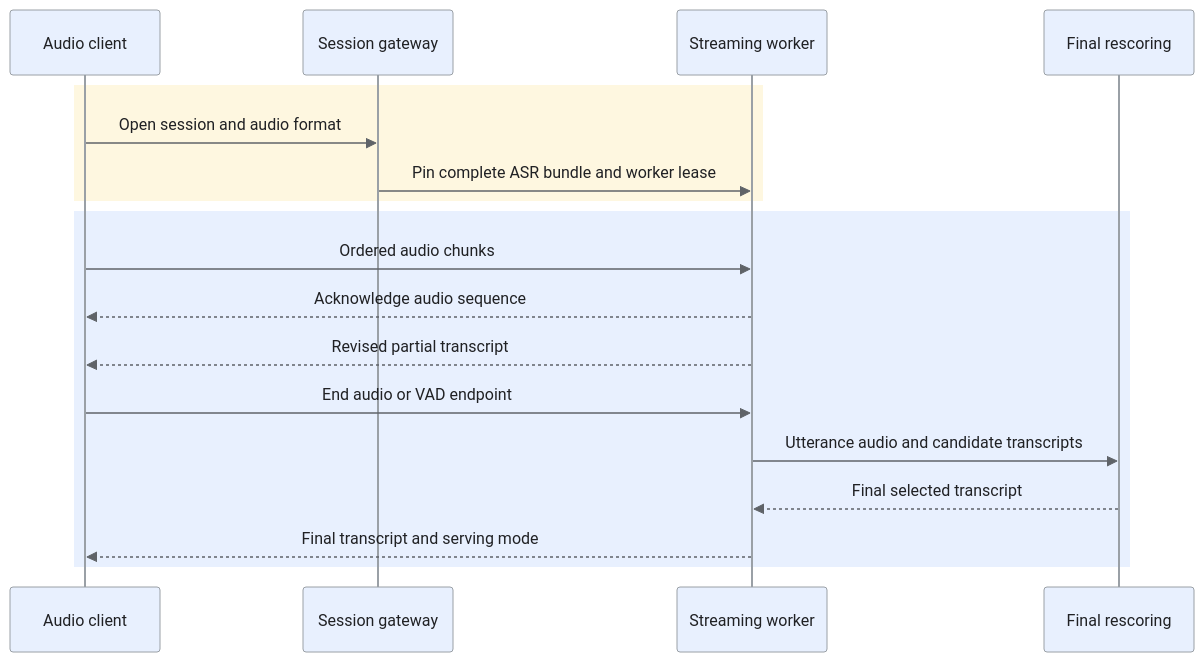
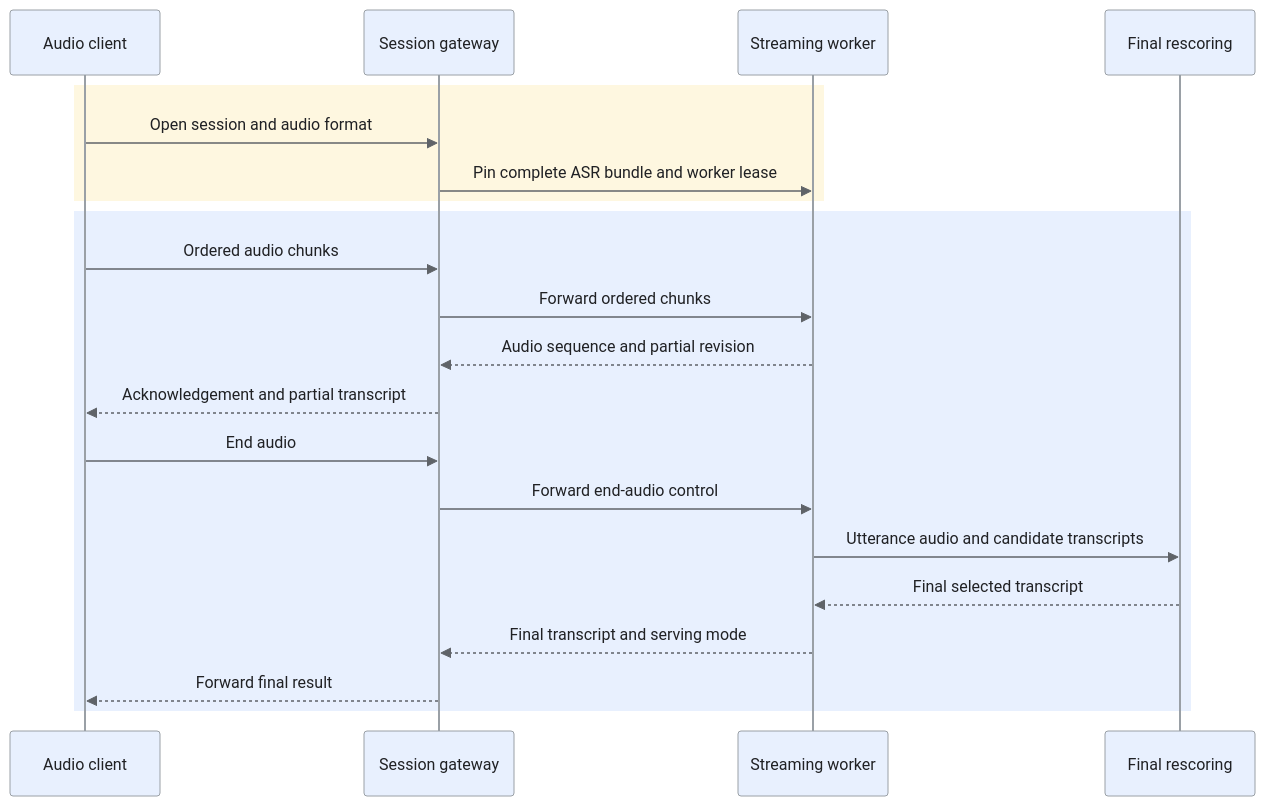
One commit to iliazlobin/iliazlobin.github.io changed the second of 3 diagrams in _designs/ml-system-design-speech-recognition-asr.md. Above: the diagram before and after it, drawn with Mermaid. The commit also changed other lines of this file and 2 other files, not shown here.

Commit message:
docs: route sequence delivery through owning services

````diff
--- a/_designs/ml-system-design-speech-recognition-asr.md
+++ b/_designs/ml-system-design-speech-recognition-asr.md
@@ -202,22 +202,25 @@
 ```mermaid
 %%{init: {'theme':'base','themeVariables':{'primaryColor':'#e8f0fe','primaryTextColor':'#202124','primaryBorderColor':'#9aa0a6','lineColor':'#5f6368','secondaryColor':'#e6f4ea','tertiaryColor':'#fef7e0','actorBkg':'#e8f0fe','actorBorder':'#9aa0a6','actorTextColor':'#202124','noteBkgColor':'#fef7e0','noteTextColor':'#202124','noteBorderColor':'#9aa0a6','signalColor':'#5f6368','signalTextColor':'#202124','labelBoxBkgColor':'#fef7e0','labelBoxBorderColor':'#9aa0a6'}}}%%
 sequenceDiagram
   participant U as Audio client
   participant G as Session gateway
   participant S as Streaming worker
   participant F as Final rescoring
   rect rgb(254, 247, 224)
     U->>G: Open session and audio format
     G->>S: Pin complete ASR bundle and worker lease
   end
   rect rgb(232, 240, 254)
-    U->>S: Ordered audio chunks
-    S-->>U: Acknowledge audio sequence
-    S-->>U: Revised partial transcript
-    U->>S: End audio or VAD endpoint
+    U->>G: Ordered audio chunks
+    G->>S: Forward ordered chunks
+    S-->>G: Audio sequence and partial revision
+    G-->>U: Acknowledgement and partial transcript
+    U->>G: End audio
+    G->>S: Forward end-audio control
     S->>F: Utterance audio and candidate transcripts
     F-->>S: Final selected transcript
-    S-->>U: Final transcript and serving mode
+    S-->>G: Final transcript and serving mode
+    G-->>U: Forward final result
   end
 
 ```
````
